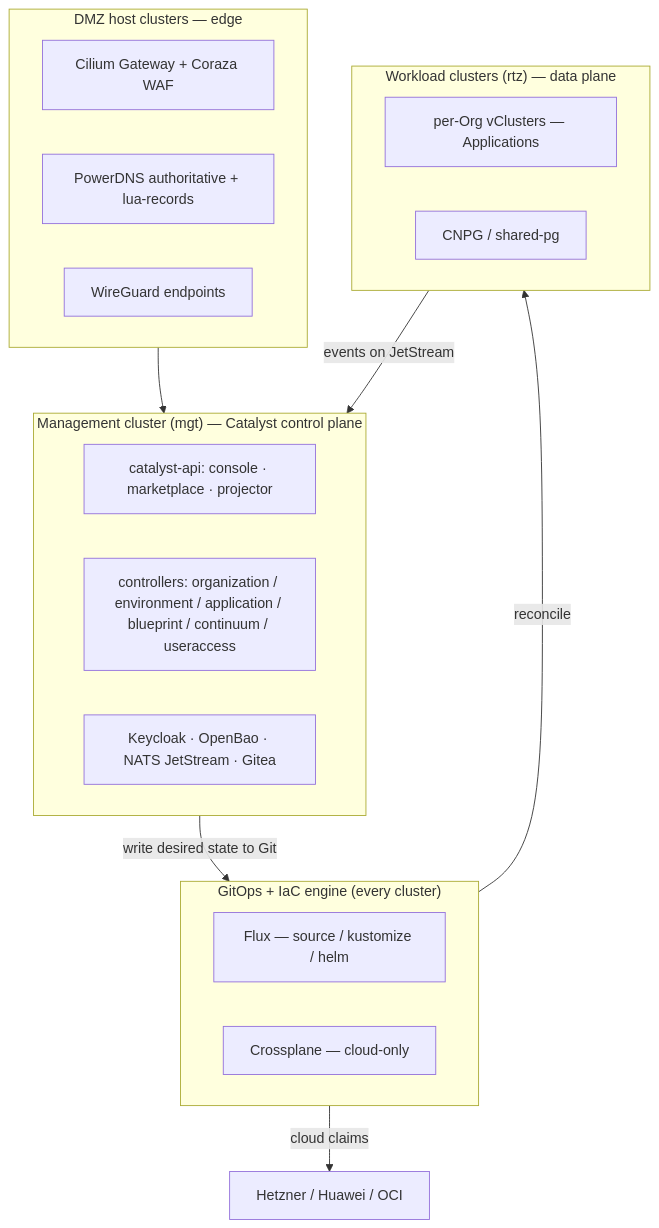
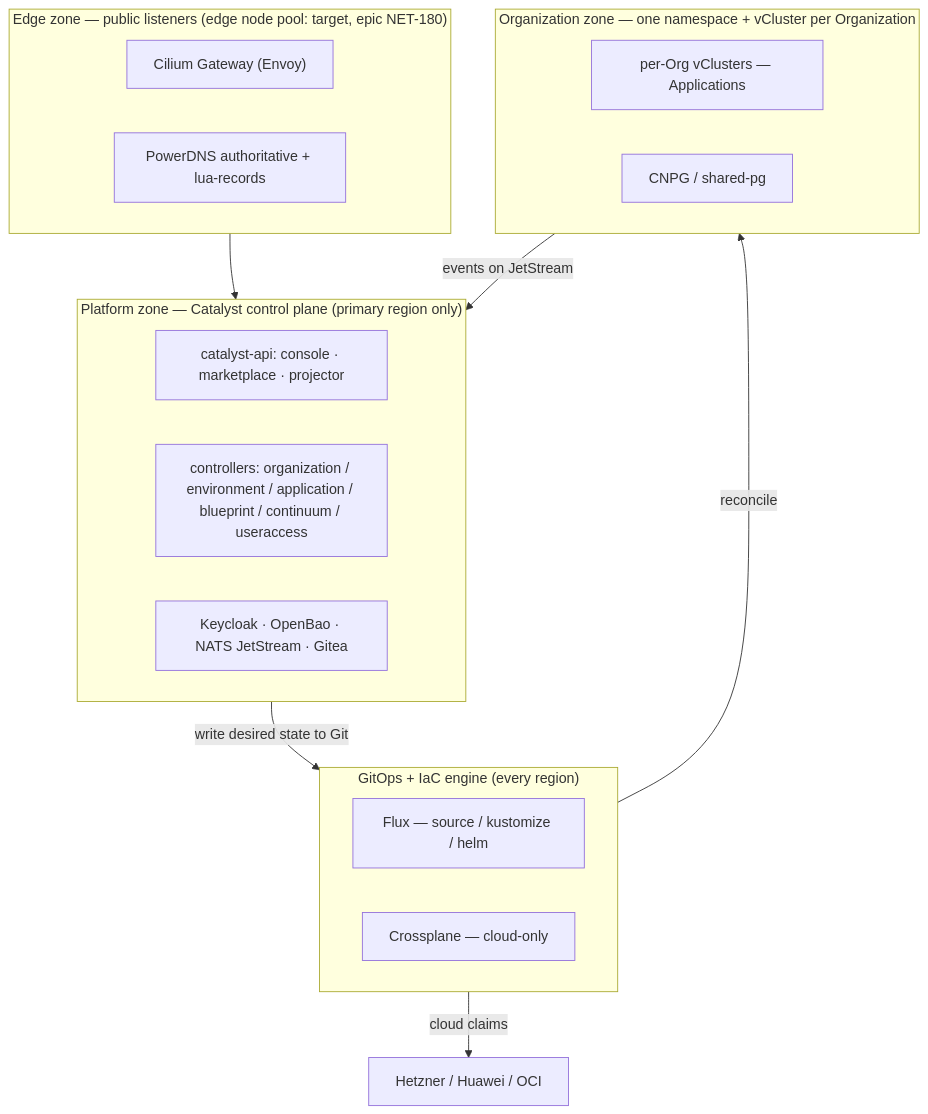
One commit to openova-io/openova changed the second of 13 diagrams in docs/ARCHITECTURE.md. Above: the diagram before and after it, drawn with Mermaid. The commit also changed other lines of this file and 4 other files, not shown here.

First line of the commit message:
docs: the canonical documents state the zone, firewall and default-deny design of record 0019 (NET-055)

````diff
--- a/docs/ARCHITECTURE.md
+++ b/docs/ARCHITECTURE.md
@@ -132,26 +134,25 @@
 ```mermaid
 graph TB
-  subgraph Edge["DMZ host clusters — edge"]
-    GWE["Cilium Gateway + Coraza WAF"]
+  subgraph Edge["Edge zone — public listeners (edge node pool: target, epic NET-180)"]
+    GWE["Cilium Gateway (Envoy)"]
     DNS["PowerDNS authoritative + lua-records"]
-    WG["WireGuard endpoints"]
   end
-  subgraph Mgt["Management cluster (mgt) — Catalyst control plane"]
+  subgraph Mgt["Platform zone — Catalyst control plane (primary region only)"]
     API["catalyst-api: console · marketplace · projector"]
     CTRL["controllers: organization / environment / application / blueprint / continuum / useraccess"]
     IDP["Keycloak · OpenBao · NATS JetStream · Gitea"]
   end
-  subgraph Engine["GitOps + IaC engine (every cluster)"]
+  subgraph Engine["GitOps + IaC engine (every region)"]
     FLUX["Flux — source / kustomize / helm"]
     XP["Crossplane — cloud-only"]
   end
-  subgraph Data["Workload clusters (rtz) — data plane"]
+  subgraph Data["Organization zone — one namespace + vCluster per Organization"]
     VC["per-Org vClusters — Applications"]
     PG["CNPG / shared-pg"]
   end
   Edge --> Mgt
   Mgt -->|"write desired state to Git"| Engine
   Engine -->|"reconcile"| Data
   Engine -->|"cloud claims"| CLOUD["Hetzner / Huawei / OCI"]
   Data -->|"events on JetStream"| Mgt
 ```
````
